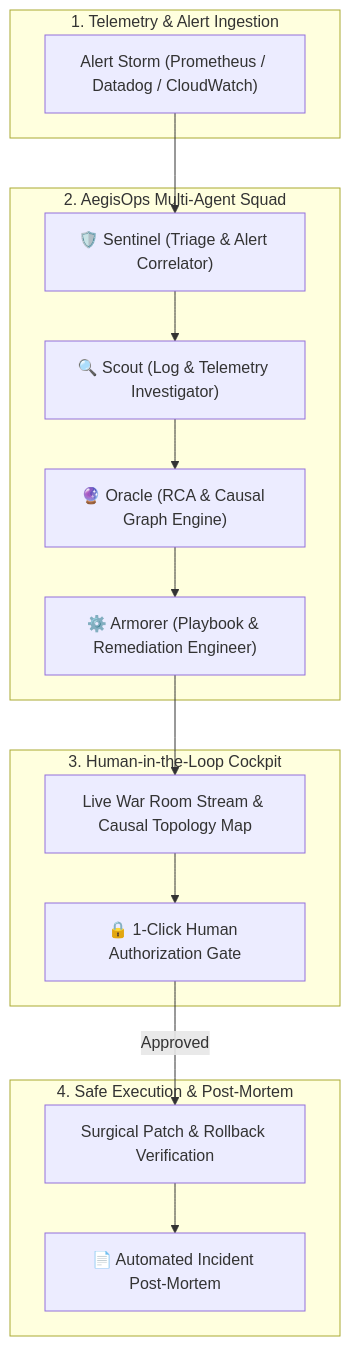
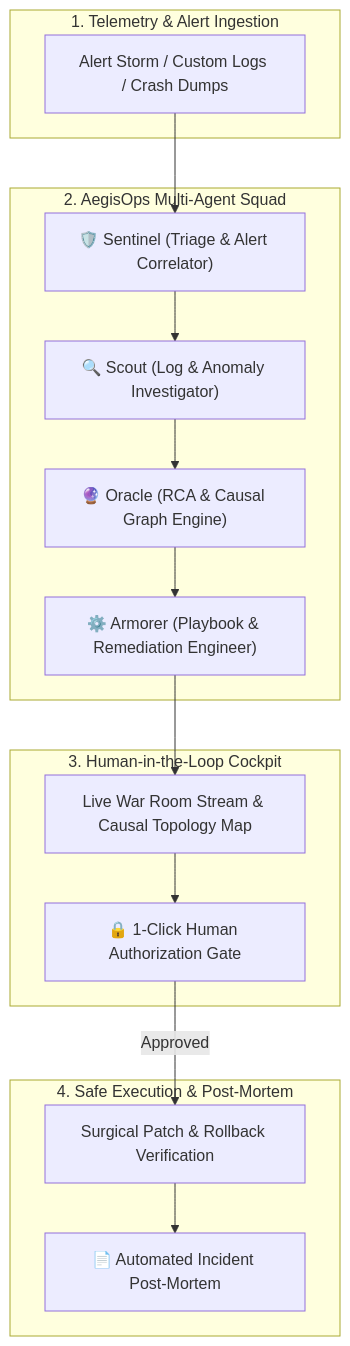
Before and after one commit to esankush/AegisOps: the diagram in README.md, drawn with Mermaid. The commit also changed other lines of this file and 3 other files, not shown here.

````diff
--- a/README.md
+++ b/README.md
@@ -33,32 +125,32 @@
 ```mermaid
 flowchart TD
     subgraph Ingestion["1. Telemetry & Alert Ingestion"]
-        Alerts["Alert Storm (Prometheus / Datadog / CloudWatch)"]
+        Alerts["Alert Storm / Custom Logs / Crash Dumps"]
     end
 
     subgraph Crew["2. AegisOps Multi-Agent Squad"]
         Sentinel["🛡️ Sentinel (Triage & Alert Correlator)"]
-        Scout["🔍 Scout (Log & Telemetry Investigator)"]
+        Scout["🔍 Scout (Log & Anomaly Investigator)"]
         Oracle["🔮 Oracle (RCA & Causal Graph Engine)"]
         Armorer["⚙️ Armorer (Playbook & Remediation Engineer)"]
     end
 
     subgraph Cockpit["3. Human-in-the-Loop Cockpit"]
         WarRoom["Live War Room Stream & Causal Topology Map"]
         Gate["🔒 1-Click Human Authorization Gate"]
     end
 
     subgraph Resolution["4. Safe Execution & Post-Mortem"]
         Execute["Surgical Patch & Rollback Verification"]
         PostMortem["📄 Automated Incident Post-Mortem"]
     end
 
     Alerts --> Sentinel
     Sentinel --> Scout
     Scout --> Oracle
     Oracle --> Armorer
     Armorer --> WarRoom
     WarRoom --> Gate
     Gate -->|Approved| Execute
     Execute --> PostMortem
 ```
````
